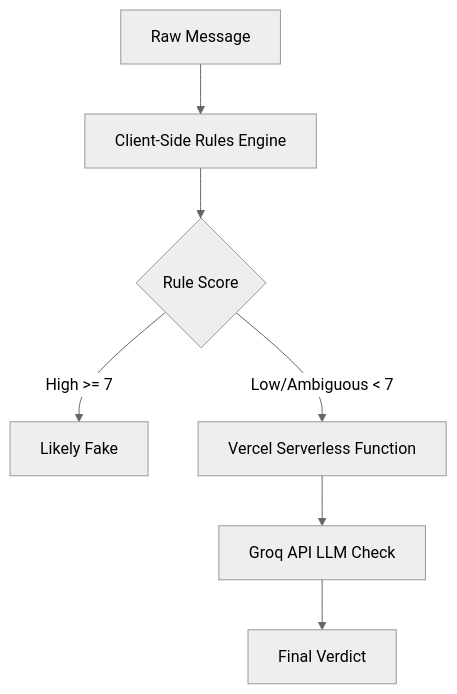
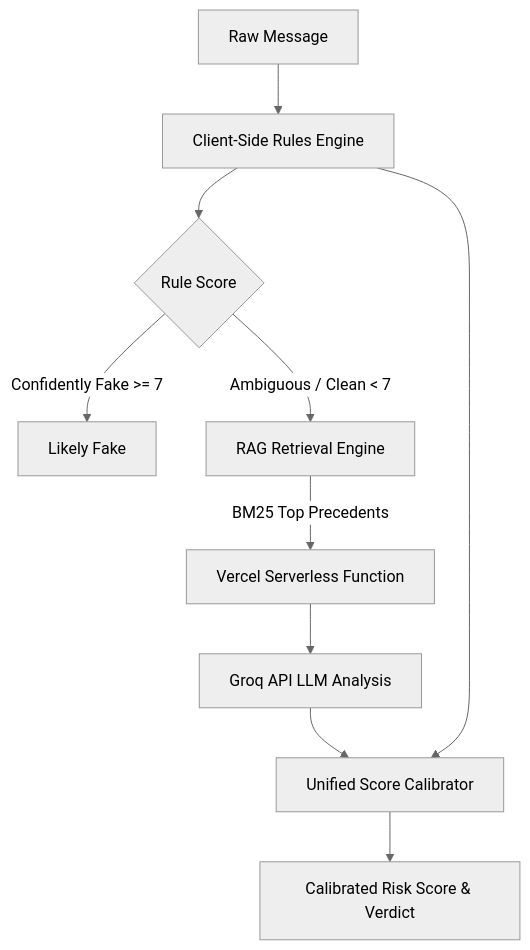
Before and after one commit to JosephJonathanFernandes/ScamRadar-for-Interns: the diagram in docs/ARCHITECTURE.md, drawn with Mermaid (neutral theme). The commit also changed other lines of this file and 13 other files, not shown here.

First line of the commit message:
feat: implement RAG retrieval, dynamic key rotation, and score calibration

````diff
--- a/docs/ARCHITECTURE.md
+++ b/docs/ARCHITECTURE.md
@@ -7,9 +7,12 @@
 ```mermaid
 flowchart TD
     A[Raw Message] --> B[Client-Side Rules Engine]
     B --> C{Rule Score}
-    C -->|High >= 7| D[Likely Fake]
-    C -->|Low/Ambiguous < 7| F[Vercel Serverless Function]
-    F --> G[Groq API LLM Check]
-    G --> H[Final Verdict]
+    C -->|Confidently Fake >= 7| D[Likely Fake]
+    C -->|Ambiguous / Clean < 7| E[RAG Retrieval Engine]
+    E -->|BM25 Top Precedents| F[Vercel Serverless Function]
+    F --> G[Groq API LLM Analysis]
+    G --> H[Unified Score Calibrator]
+    B --> H
+    H --> I[Calibrated Risk Score & Verdict]
 ```
````
